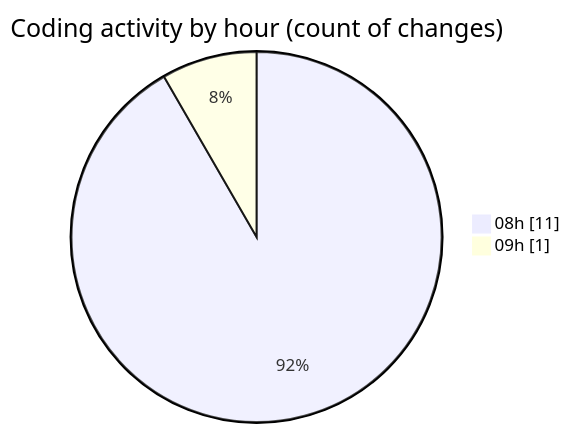
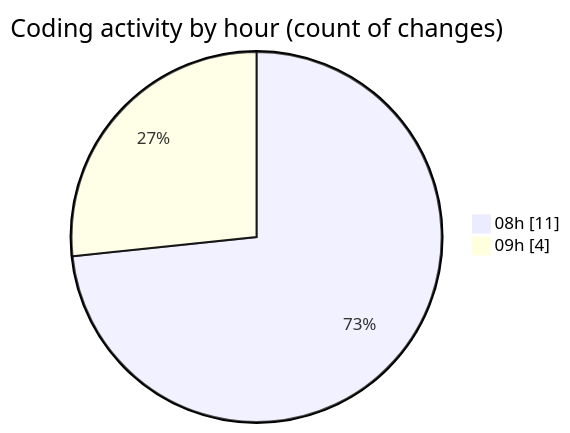
Before and after one commit to robertbonfada/code-tracking: the second of 2 diagrams in 2025-01-13/termonied-web/README.md, drawn with Mermaid. The commit also changed other lines of this file and 1 other file, not shown here.

````diff
--- a/2025-01-13/termonied-web/README.md
+++ b/2025-01-13/termonied-web/README.md
@@ -31,6 +31,6 @@
 ```mermaid
 pie showData
 title Coding activity by hour (count of changes)
 "08h" : 11
-"09h" : 1
+"09h" : 4
 ```
````
